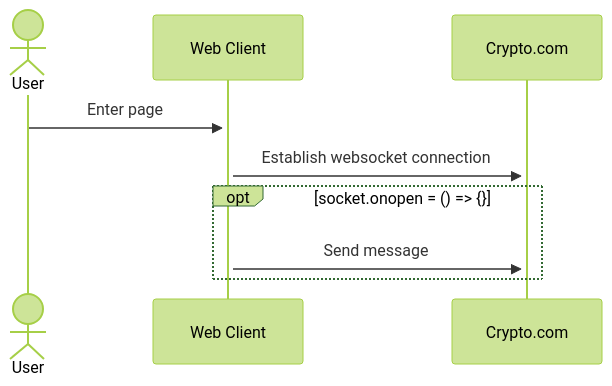
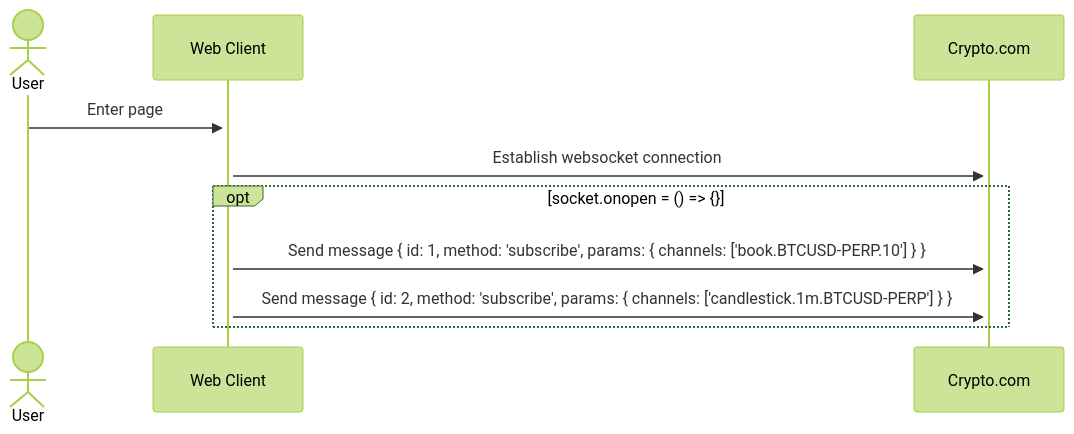
Before and after one commit to YuAnWu0000/cryptoExchange: the diagram in README.md, drawn with Mermaid (forest theme).

Commit message:
UPDATE: Websocket flow chart in README.md

````diff
--- a/README.md
+++ b/README.md
@@ -11,11 +11,12 @@
 ```mermaid
 sequenceDiagram
   actor User
   participant Web Client
   participant Crypto.com
   User ->>+ Web Client: Enter page
   Web Client ->>+ Crypto.com: Establish websocket connection
   opt socket.onopen = () => {}
-  Web Client ->>+ Crypto.com: Send message
+  Web Client->>+ Crypto.com: Send message { id: 1, method: 'subscribe', params: { channels: ['book.BTCUSD-PERP.10'] } }
+  Web Client->>+ Crypto.com: Send message { id: 2, method: 'subscribe', params: { channels: ['candlestick.1m.BTCUSD-PERP'] } }
   end
 ```
````
